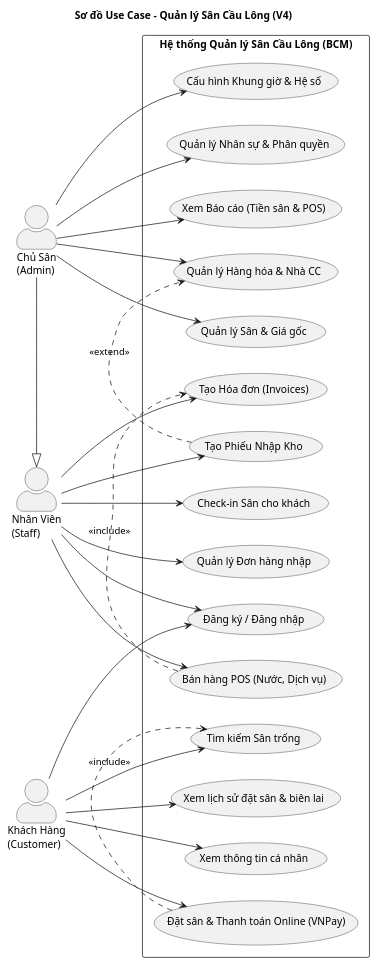
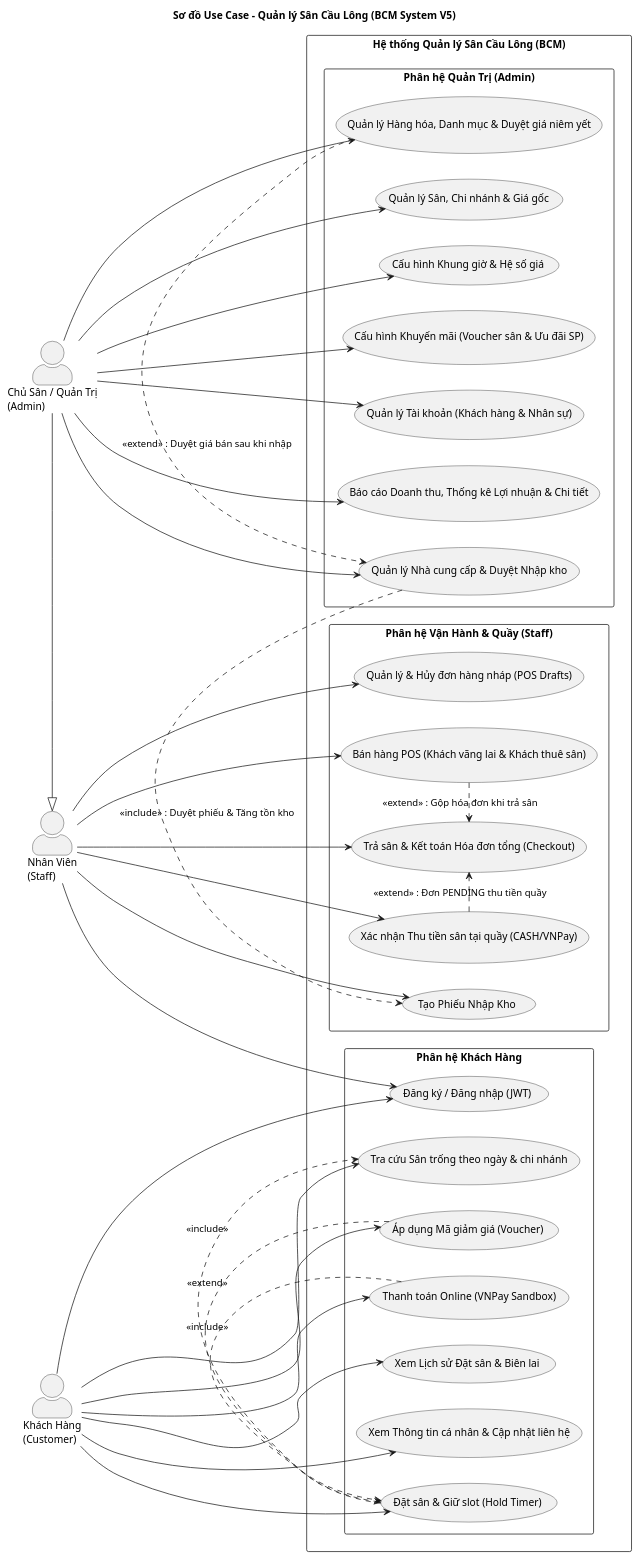
One commit to hung-it/Badminton_Court_Management changed the diagram in docs/usecase.md. Above: the diagram before and after it, drawn with PlantUML. The commit also changed other lines of this file and 62 other files, not shown here.

````diff
--- a/docs/usecase.md
+++ b/docs/usecase.md
@@ -9,39 +14,49 @@
 ```plantuml
 @startuml
-title Sơ đồ Use Case - Quản lý Sân Cầu Lông (V4)
+title Sơ đồ Use Case - Quản lý Sân Cầu Lông (BCM System V5)
 left to right direction
 skinparam packageStyle rectangle
 skinparam actorStyle awesome
 
 actor "Khách Hàng\n(Customer)" as Customer
 actor "Nhân Viên\n(Staff)" as Staff
-actor "Chủ Sân\n(Admin)" as Admin
+actor "Chủ Sân / Quản Trị\n(Admin)" as Admin
 
-' Admin kế thừa quyền của Staff
+' Admin kế thừa toàn bộ quyền của Staff
 Admin -|> Staff
 
 rectangle "Hệ thống Quản lý Sân Cầu Lông (BCM)" {
     
-    ' Tính năng của Khách hàng
-    usecase "Đăng ký / Đăng nhập" as UC1
-    usecase "Tìm kiếm Sân trống" as UC2
-    usecase "Đặt sân & Thanh toán Online (VNPay)" as UC3
-    usecase "Xem lịch sử đặt sân & biên lai" as UC4
-    usecase "Xem thông tin cá nhân" as UC5
+    ' Nhóm 1: Khách hàng (Customer)
+    package "Phân hệ Khách Hàng" {
+        usecase "Đăng ký / Đăng nhập (JWT)" as UC1
+        usecase "Tra cứu Sân trống theo ngày & chi nhánh" as UC2
+        usecase "Đặt sân & Giữ slot (Hold Timer)" as UC3
+        usecase "Áp dụng Mã giảm giá (Voucher)" as UC4
+        usecase "Thanh toán Online (VNPay Sandbox)" as UC5
+        usecase "Xem Lịch sử Đặt sân & Biên lai" as UC6
+        usecase "Xem Thông tin cá nhân & Cập nhật liên hệ" as UC7
+    }
     
-    ' Tính năng của Nhân viên
-    usecase "Check-in Sân cho khách" as UC6
-    usecase "Bán hàng POS (Nước, Dịch vụ)" as UC7
-    usecase "Tạo Hóa đơn (Invoices)" as UC8
-    usecase "Tạo Phiếu Nhập Kho" as UC9
-    usecase "Quản lý Đơn hàng nhập" as UC10
+    ' Nhóm 2: Nhân viên (Staff / POS / Vận hành)
+    package "Phân hệ Vận Hành & Quầy (Staff)" {
+        usecase "Bán hàng POS (Khách vãng lai & Khách thuê sân)" as UC8
+        usecase "Xác nhận Thu tiền sân tại quầy (CASH/VNPay)" as UC9
+        usecase "Trả sân & Kết toán Hóa đơn tổng (Checkout)" as UC10
+        usecase "Quản lý & Hủy đơn hàng nháp (POS Drafts)" as UC11
+        usecase "Tạo Phiếu Nhập Kho" as UC12
+    }
     
-    ' Tính năng của Admin / Chủ sân
-    usecase "Quản lý Sân & Giá gốc" as UC11
-    usecase "Cấu hình Khung giờ & Hệ số" as UC12
-    usecase "Quản lý Hàng hóa & Nhà CC" as UC13
-    usecase "Quản lý Nhân sự & Phân quyền" as UC14
-    usecase "Xem Báo cáo (Tiền sân & POS)" as UC15
+    ' Nhóm 3: Admin / Chủ sân (Master Data, Kho & Báo Cáo)
+    package "Phân hệ Quản Trị (Admin)" {
+        usecase "Quản lý Sân, Chi nhánh & Giá gốc" as UC13
+        usecase "Cấu hình Khung giờ & Hệ số giá" as UC14
+        usecase "Quản lý Hàng hóa, Danh mục & Duyệt giá niêm yết" as UC15
+        usecase "Quản lý Nhà cung cấp & Duyệt Nhập kho" as UC16
+        usecase "Cấu hình Khuyến mãi (Voucher sân & Ưu đãi SP)" as UC17
+        usecase "Quản lý Tài khoản (Khách hàng & Nhân sự)" as UC18
+        usecase "Báo cáo Doanh thu, Thống kê Lợi nhuận & Chi tiết" as UC19
+    }
 }
 
 ' Liên kết Khách Hàng
@@ -50,25 +65,36 @@
 Customer --> UC3
 Customer --> UC4
 Customer --> UC5
+Customer --> UC6
+Customer --> UC7
+
+' Quan hệ phân hệ đặt sân
+UC3 .> UC2 : <<include>>
+UC4 .> UC3 : <<extend>>
+UC5 .> UC3 : <<include>>
 
 ' Liên kết Nhân Viên
 Staff --> UC1
-Staff --> UC6
-Staff --> UC7
 Staff --> UC8
 Staff --> UC9
 Staff --> UC10
+Staff --> UC11
+Staff --> UC12
+
+' Quan hệ bán hàng và kết toán
+UC8 .> UC10 : <<extend>> : Gộp hóa đơn khi trả sân
+UC9 .> UC10 : <<extend>> : Đơn PENDING thu tiền quầy
 
 ' Liên kết Admin
-Admin --> UC11
-Admin --> UC12
 Admin --> UC13
 Admin --> UC14
 Admin --> UC15
+Admin --> UC16
+Admin --> UC17
+Admin --> UC18
+Admin --> UC19
 
-' Ràng buộc luồng (Includes / Extends)
-UC3 .> UC2 : <<include>>
-UC7 .> UC8 : <<include>>
-UC9 .> UC13 : <<extend>>
+UC16 .> UC12 : <<include>> : Duyệt phiếu & Tăng tồn kho
+UC15 .> UC16 : <<extend>> : Duyệt giá bán sau khi nhập
 @enduml
 ```
````
